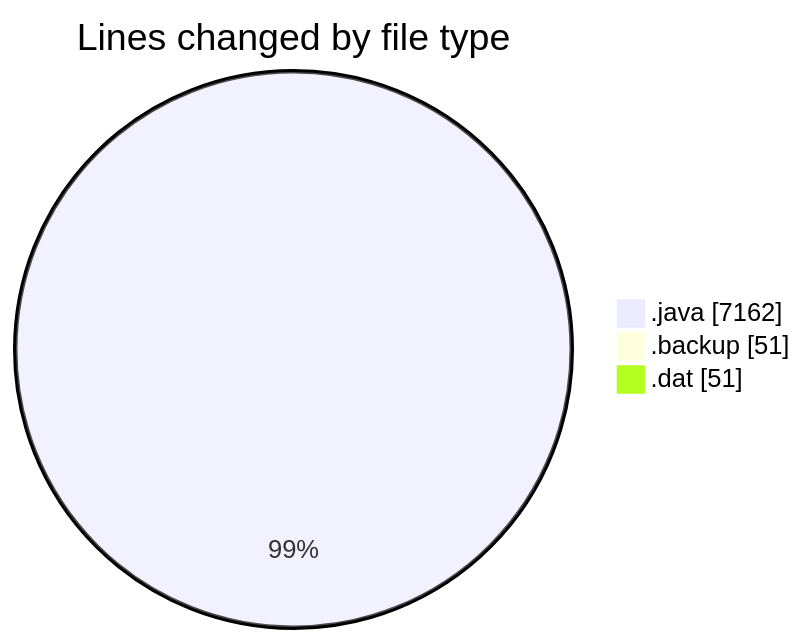
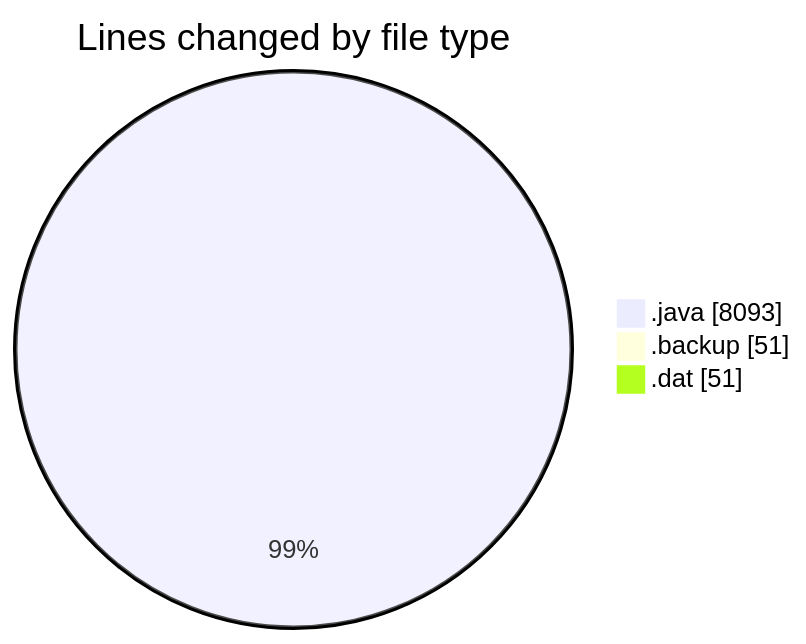
One commit to ricardozamudiocil/code-tracking changed the first of 2 diagrams in 2026-11-19/cilapp/README.md. Above: the diagram before and after it, drawn with Mermaid. The commit also changed other lines of this file and 1 other file, not shown here.

````diff
--- a/2026-11-19/cilapp/README.md
+++ b/2026-11-19/cilapp/README.md
@@ -22,7 +23,7 @@
 ```mermaid
 pie showData
 title Lines changed by file type
-".java" : 7162
+".java" : 8093
 ".backup" : 51
 ".dat" : 51
 ```
````
